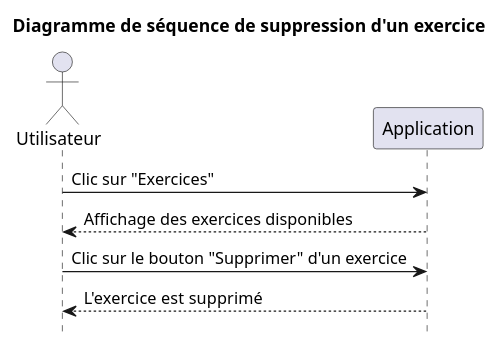
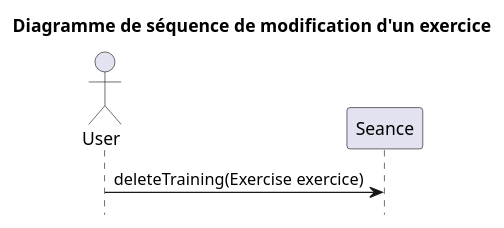
One commit to SharafGabel/GYMTONIK changed the diagram in diagrams/SuppressionExercice.puml. Above: the diagram before and after it, drawn with PlantUML. The commit also changed 5 other files, not shown here.

Commit message:
Modification des diagrammes de séquence afin d'utiliser les classes et noms de méthodes.

```diff
--- a/diagrams/SuppressionExercice.puml
+++ b/diagrams/SuppressionExercice.puml
@@ -1,13 +1,9 @@
 @startuml
 hide footbox
-actor Utilisateur
+actor User
 
-title Diagramme de séquence de suppression d'un exercice
+title Diagramme de séquence de modification d'un exercice
 
-Utilisateur -> Application: Clic sur "Exercices"
-Utilisateur <-- Application: Affichage des exercices disponibles
-
-Utilisateur -> Application: Clic sur le bouton "Supprimer" d'un exercice
-Utilisateur <-- Application: L'exercice est supprimé
+User -> Seance: deleteTraining(Exercise exercice)
 
 @enduml
```
